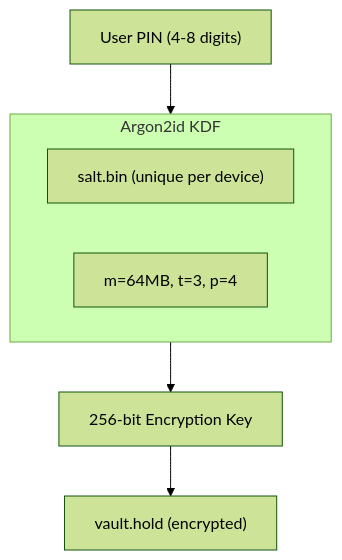
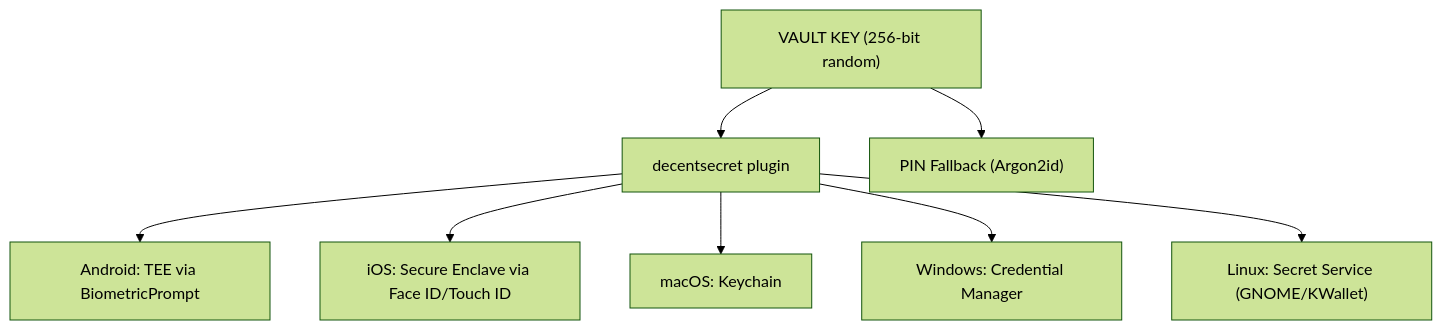
The third of 3 diagrams in SECURITY.md (decentpaste/decentpaste), drawn with Mermaid (forest theme) before and after one commit. The commit also changed other lines of this file and 12 other files, not shown here.

````diff
--- a/SECURITY.md
+++ b/SECURITY.md
@@ -143,16 +129,13 @@
 ```mermaid
-flowchart TB
-    PIN["User PIN (4-8 digits)"]
+flowchart TD
+    VK["VAULT KEY (256-bit random)"]
 
-    subgraph KDF["Argon2id KDF"]
-        Salt["salt.bin (unique per device)"]
-        Params["m=64MB, t=3, p=4"]
-    end
+    VK --> DS["decentsecret plugin"]
+    VK --> PIN["PIN Fallback (Argon2id)"]
 
-    Key["256-bit Encryption Key"]
-    Vault["vault.hold (encrypted)"]
-
-    PIN --> KDF
-    KDF --> Key
-    Key --> Vault
+    DS --> Android["Android: TEE via BiometricPrompt"]
+    DS --> iOS["iOS: Secure Enclave via Face ID/Touch ID"]
+    DS --> macOS["macOS: Keychain"]
+    DS --> Windows["Windows: Credential Manager"]
+    DS --> Linux["Linux: Secret Service (GNOME/KWallet)"]
 ```
````
